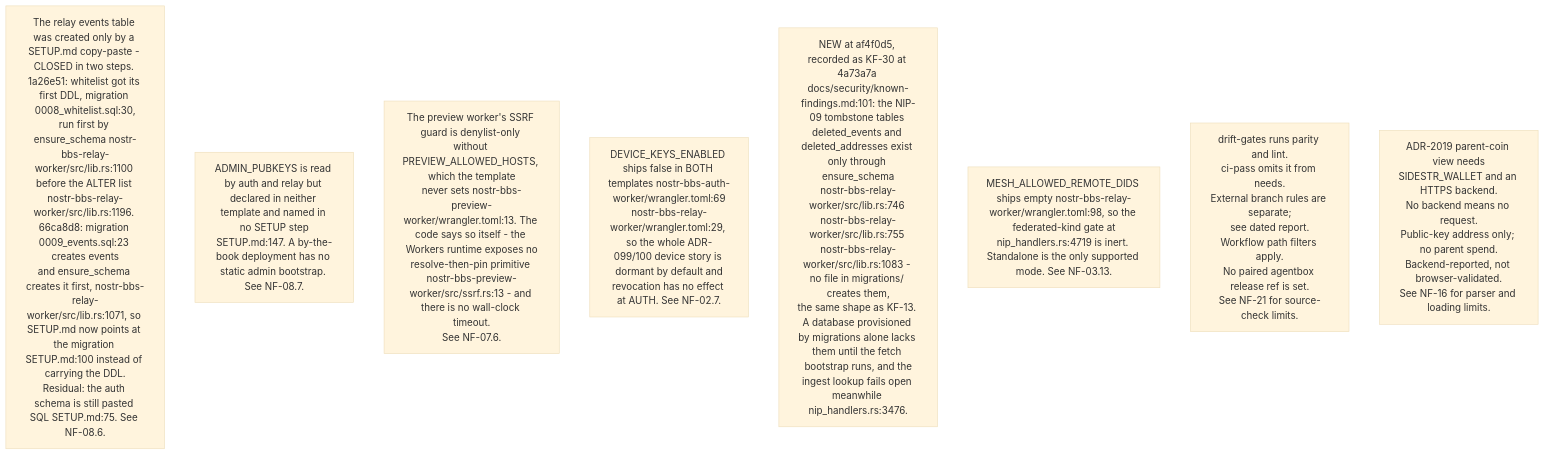
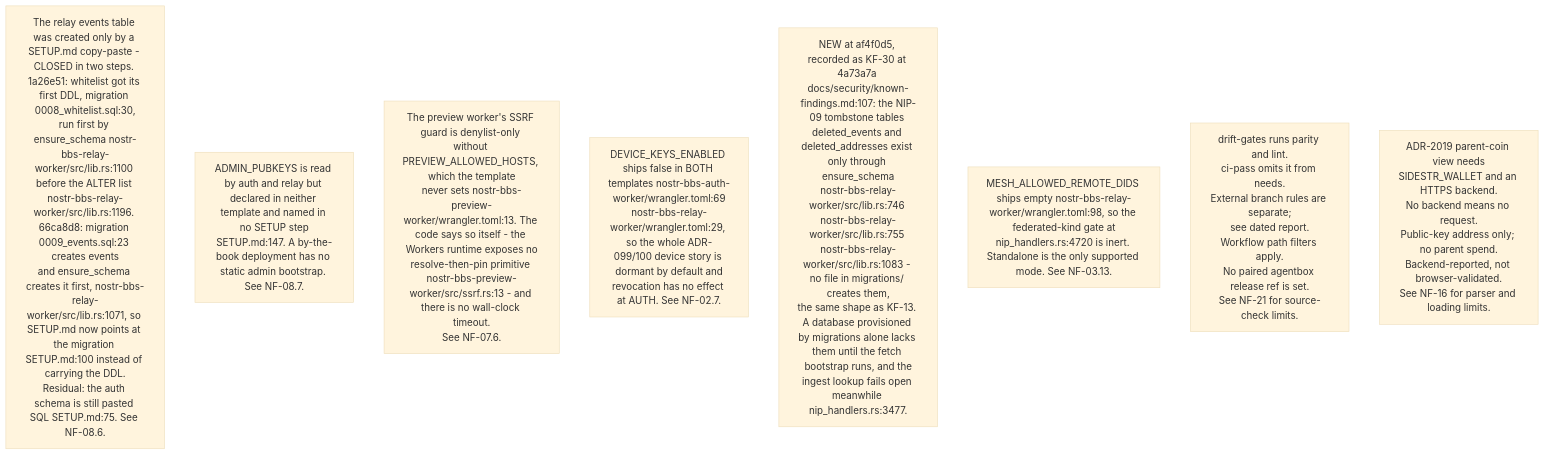
The sixth of 15 diagrams in docs/diagrams/nostr-rust-forum/10-invariants-and-anomaly-register.md (DreamLab-AI/VisionFlow), drawn with Mermaid (base theme) before and after one commit. The commit also changed other lines of this file and 23 other files, not shown here.

First line of the commit message:
docs(diagrams): pass C nostr-rust-forum area re-verified at de31aaa

````diff
--- a/docs/diagrams/nostr-rust-forum/10-invariants-and-anomaly-register.md
+++ b/docs/diagrams/nostr-rust-forum/10-invariants-and-anomaly-register.md
@@ -204,20 +205,20 @@
 ```mermaid
 flowchart TB
     S1["The relay events table was created only by a SETUP.md copy-paste - CLOSED in two steps. 1a26e51: whitelist got its first DDL, migration 0008_whitelist.sql:30,<br/>run first by ensure_schema nostr-bbs-relay-worker/src/lib.rs:1100 before the ALTER list nostr-bbs-relay-worker/src/lib.rs:1196. 66ca8d8: migration 0009_events.sql:23 creates events<br/>and ensure_schema creates it first, nostr-bbs-relay-worker/src/lib.rs:1071, so SETUP.md now points at the migration SETUP.md:100 instead of carrying the DDL.<br/>Residual: the auth schema is still pasted SQL SETUP.md:75. See NF-08.6."]
     S2["ADMIN_PUBKEYS is read by auth and relay but declared in neither template and named in no SETUP step<br/>SETUP.md:147. A by-the-book deployment has no static admin bootstrap. See NF-08.7."]
     S3["The preview worker's SSRF guard is denylist-only without PREVIEW_ALLOWED_HOSTS, which the template<br/>never sets nostr-bbs-preview-worker/wrangler.toml:13. The code says so itself - the Workers runtime exposes no<br/>resolve-then-pin primitive nostr-bbs-preview-worker/src/ssrf.rs:13 - and there is no wall-clock timeout.<br/>See NF-07.6."]
     S4["DEVICE_KEYS_ENABLED ships false in BOTH templates nostr-bbs-auth-worker/wrangler.toml:69<br/>nostr-bbs-relay-worker/wrangler.toml:29, so the whole ADR-099/100 device story is dormant by default and<br/>revocation has no effect at AUTH. See NF-02.7."]
-    S8["NEW at af4f0d5, recorded as KF-30 at 4a73a7a docs/security/known-findings.md:101: the NIP-09 tombstone tables deleted_events and deleted_addresses exist only through ensure_schema<br/>nostr-bbs-relay-worker/src/lib.rs:746 nostr-bbs-relay-worker/src/lib.rs:755 nostr-bbs-relay-worker/src/lib.rs:1083 - no file in migrations/ creates them,<br/>the same shape as KF-13. A database provisioned by migrations alone lacks them until the fetch bootstrap runs, and the<br/>ingest lookup fails open meanwhile nip_handlers.rs:3476."]
-    S5["MESH_ALLOWED_REMOTE_DIDS ships empty nostr-bbs-relay-worker/wrangler.toml:98, so the federated-kind gate at<br/>nip_handlers.rs:4719 is inert. Standalone is the only supported mode. See NF-03.13."]
+    S8["NEW at af4f0d5, recorded as KF-30 at 4a73a7a docs/security/known-findings.md:107: the NIP-09 tombstone tables deleted_events and deleted_addresses exist only through ensure_schema<br/>nostr-bbs-relay-worker/src/lib.rs:746 nostr-bbs-relay-worker/src/lib.rs:755 nostr-bbs-relay-worker/src/lib.rs:1083 - no file in migrations/ creates them,<br/>the same shape as KF-13. A database provisioned by migrations alone lacks them until the fetch bootstrap runs, and the<br/>ingest lookup fails open meanwhile nip_handlers.rs:3477."]
+    S5["MESH_ALLOWED_REMOTE_DIDS ships empty nostr-bbs-relay-worker/wrangler.toml:98, so the federated-kind gate at<br/>nip_handlers.rs:4720 is inert. Standalone is the only supported mode. See NF-03.13."]
     %% Source: ../nostr-rust-forum/.github/workflows/ci.yml:293
     %% Source: ../nostr-rust-forum/.github/workflows/ci.yml:296
     %% Source: ../nostr-rust-forum/.github/workflows/ci.yml:306
     %% Source: ../nostr-rust-forum/.github/workflows/ci.yml:20
     %% Source: ../nostr-rust-forum/.github/workflows/ci.yml:283
     S6["drift-gates runs parity and lint.<br/>ci-pass omits it from needs.<br/>External branch rules are separate;<br/>see dated report.<br/>Workflow path filters apply.<br/>No paired agentbox release ref is set.<br/>See NF-21 for source-check limits."]
     %% Source: ../nostr-rust-forum/crates/nostr-bbs-forum-client/src/wallet/mod.rs:268
     %% Source: ../nostr-rust-forum/crates/nostr-bbs-forum-client/src/wallet/parent.rs:50
     %% Source: ../nostr-rust-forum/crates/nostr-bbs-forum-client/src/wallet/parent.rs:56
     %% Source: ../nostr-rust-forum/crates/nostr-bbs-forum-client/src/wallet/parent.rs:63
     S7["ADR-2019 parent-coin view needs<br/>SIDESTR_WALLET and an HTTPS backend.<br/>No backend means no request.<br/>Public-key address only; no parent spend.<br/>Backend-reported, not browser-validated.<br/>See NF-16 for parser and loading limits."]
 ```
````
